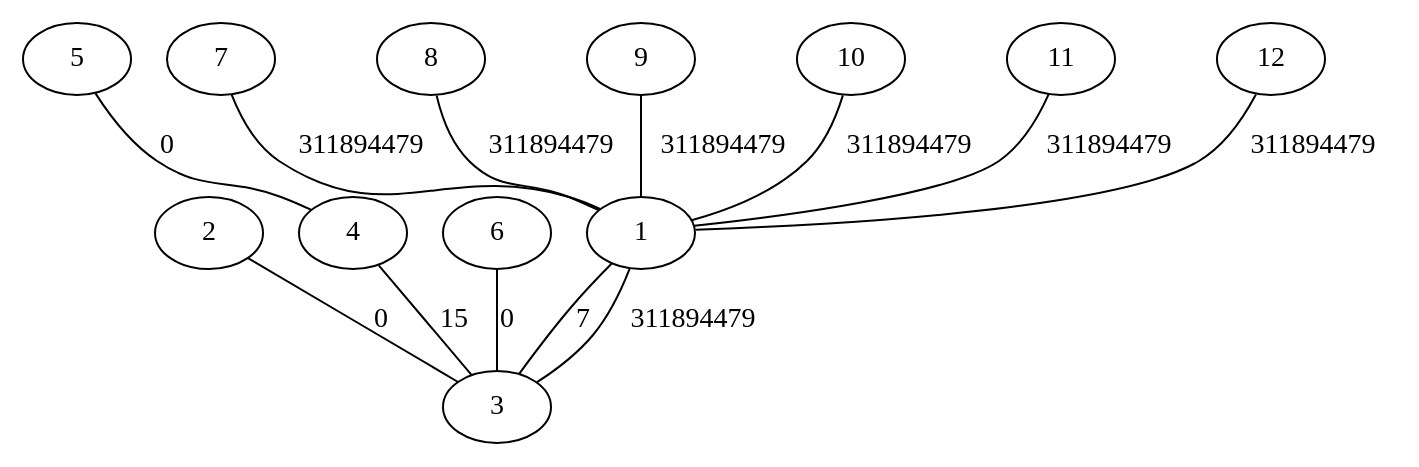
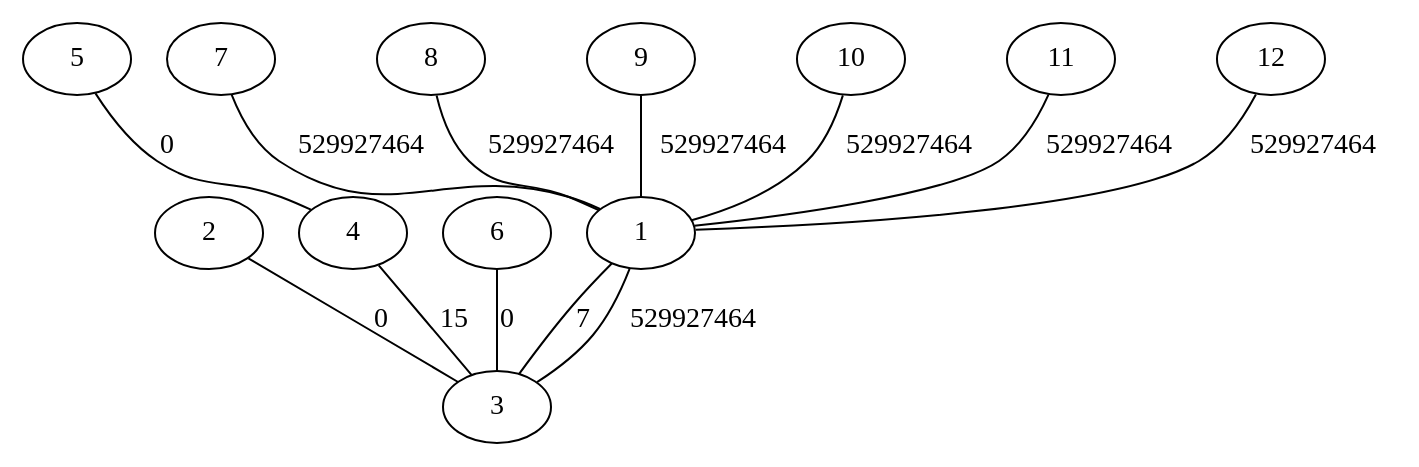
The diagram in grafobfs.dot (luscasos/OrdenacaoTopologica), drawn with Graphviz before and after one commit. The commit also changed 4 other files, not shown here.

```diff
--- a/grafobfs.dot
+++ b/grafobfs.dot
@@ -1,14 +1,14 @@
 graph {
 	1 -- 3 [label = 7];
 	2 -- 3 [label = 0];
-	3 -- 1 [label = 311894479];
+	3 -- 1 [label = 529927464];
 	4 -- 3 [label = 15];
 	5 -- 4 [label = 0];
 	6 -- 3 [label = 0];
-	7 -- 1 [label = 311894479];
-	8 -- 1 [label = 311894479];
-	9 -- 1 [label = 311894479];
-	10 -- 1 [label = 311894479];
-	11 -- 1 [label = 311894479];
-	12 -- 1 [label = 311894479];
+	7 -- 1 [label = 529927464];
+	8 -- 1 [label = 529927464];
+	9 -- 1 [label = 529927464];
+	10 -- 1 [label = 529927464];
+	11 -- 1 [label = 529927464];
+	12 -- 1 [label = 529927464];
 }
```
